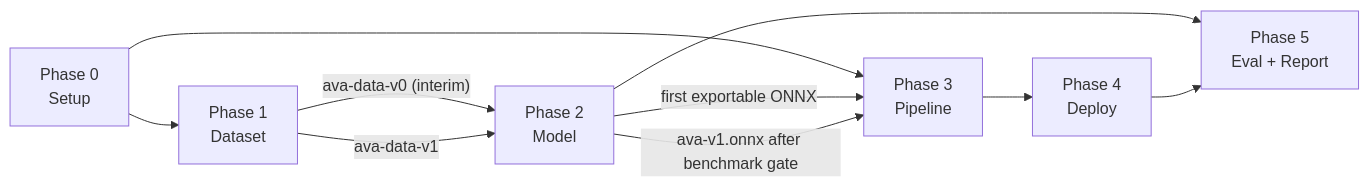
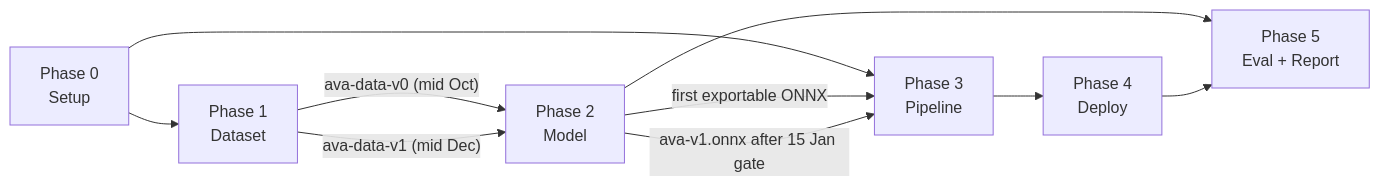
One commit to mIBRAHIM707/Audio-Veracity-Analyzer changed the second of 2 diagrams in prd.md. Above: the diagram before and after it, drawn with Mermaid. The commit also changed other lines of this file, not shown here.

First line of the commit message:
docs: PRD v0.2 after title defence

````diff
--- a/prd.md
+++ b/prd.md
@@ -577,12 +554,12 @@
 ```mermaid
 flowchart LR
     P0[Phase 0<br/>Setup] --> P1[Phase 1<br/>Dataset]
     P0 --> P3[Phase 3<br/>Pipeline]
-    P1 -- "ava-data-v0 (interim)" --> P2[Phase 2<br/>Model]
-    P1 -- "ava-data-v1" --> P2
+    P1 -- "ava-data-v0 (mid Oct)" --> P2[Phase 2<br/>Model]
+    P1 -- "ava-data-v1 (mid Dec)" --> P2
     P2 -- "first exportable ONNX" --> P3
-    P2 -- "ava-v1.onnx after benchmark gate" --> P3
+    P2 -- "ava-v1.onnx after 15 Jan gate" --> P3
     P3 --> P4[Phase 4<br/>Deploy]
     P2 --> P5[Phase 5<br/>Eval + Report]
     P4 --> P5
 ```
````
